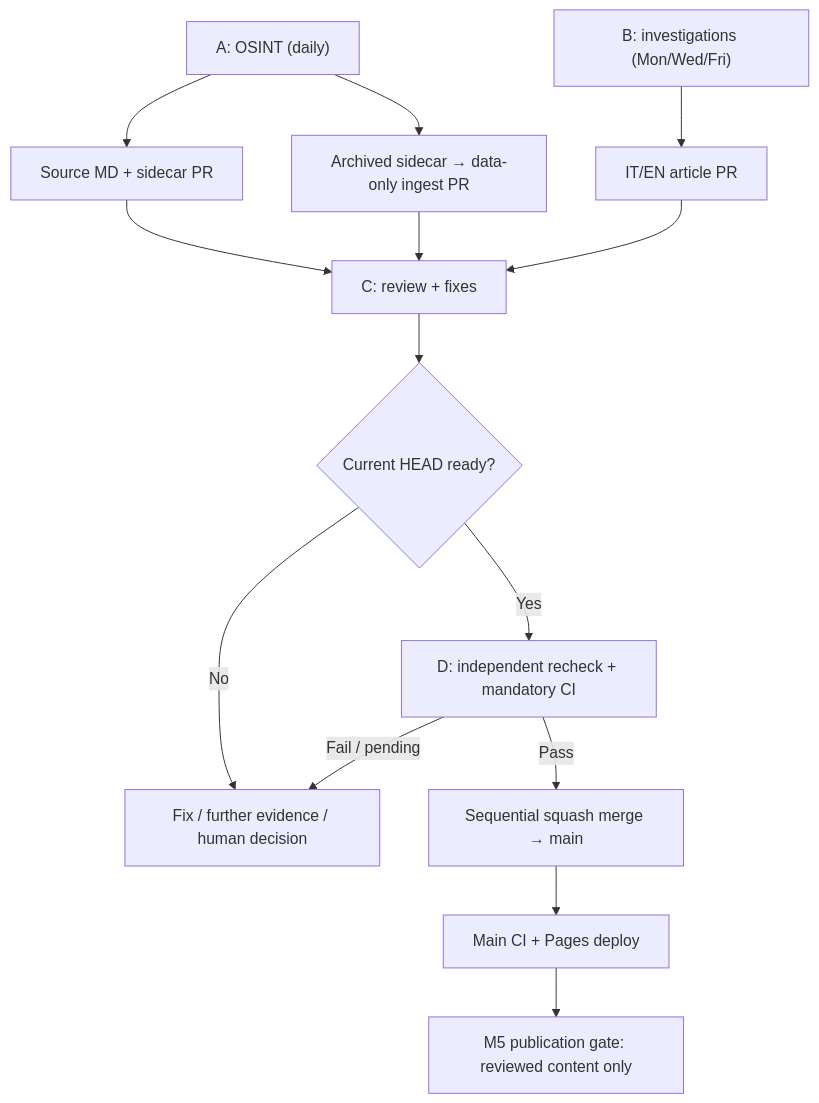
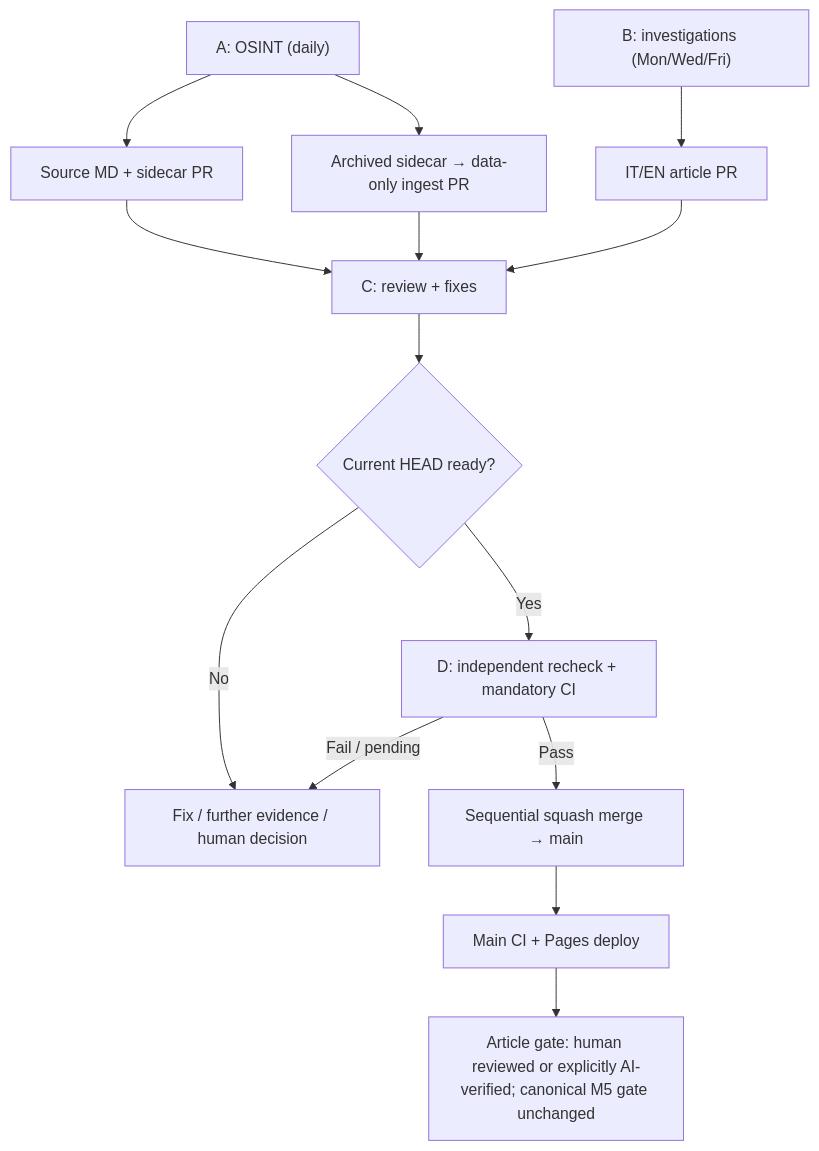
The diagram in README.md (amattis96/our-enemies-monitor), drawn with Mermaid before and after one commit. The commit also changed other lines of this file and 20 other files, not shown here.

First line of the commit message:
feat(editorial): automate AI-verified investigations publication

```diff
--- a/README.md
+++ b/README.md
@@ -185,16 +187,16 @@
 ~~~mermaid
 flowchart TD
     A["A: OSINT (daily)"] --> S["Source MD + sidecar PR"]
     A --> I["Archived sidecar → data-only ingest PR"]
     B["B: investigations (Mon/Wed/Fri)"] --> R["IT/EN article PR"]
     S --> C["C: review + fixes"]
     I --> C
     R --> C
     C --> H{"Current HEAD ready?"}
     H -->|No| Hold["Fix / further evidence / human decision"]
     H -->|Yes| D["D: independent recheck + mandatory CI"]
     D -->|Pass| M["Sequential squash merge → main"]
     D -->|Fail / pending| Hold
     M --> P["Main CI + Pages deploy"]
-    P --> Gate["M5 publication gate: reviewed content only"]
+    P --> Gate["Article gate: human reviewed or explicitly AI-verified; canonical M5 gate unchanged"]
 ~~~
```
